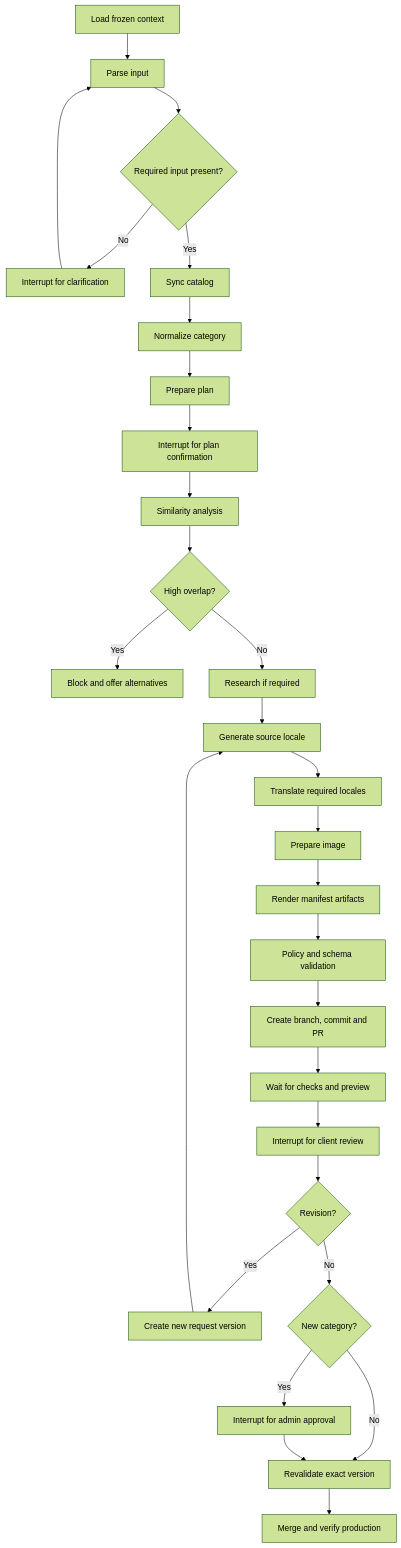
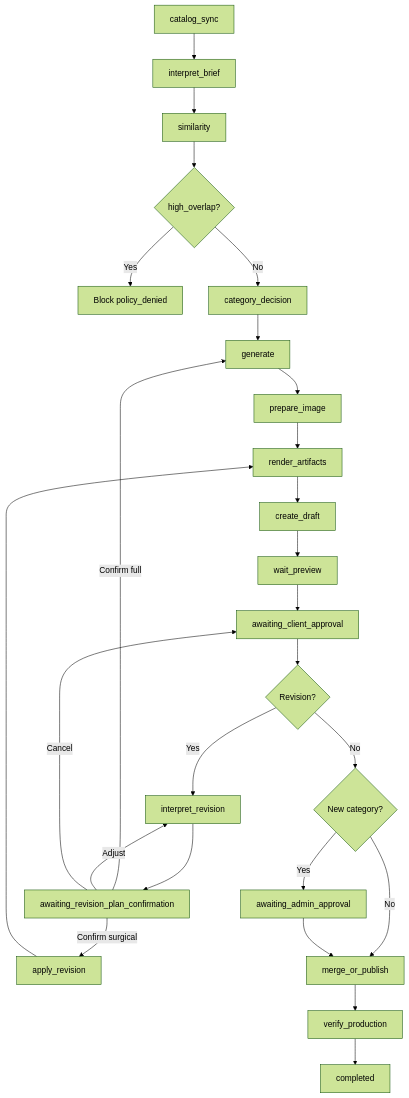
One commit to arrobabeto/binflow changed the diagram in docs/WORKFLOWS.md. Above: the diagram before and after it, drawn with Mermaid (forest theme). The commit also changed other lines of this file and 268 other files, not shown here.

````diff
--- a/docs/WORKFLOWS.md
+++ b/docs/WORKFLOWS.md
@@ -60,31 +79,28 @@
 ```mermaid
 flowchart TD
-    A["Load frozen context"] --> B["Parse input"]
-    B --> C{"Required input present?"}
-    C -- No --> D["Interrupt for clarification"]
-    D --> B
-    C -- Yes --> E["Sync catalog"]
-    E --> F["Normalize category"]
-    F --> G["Prepare plan"]
-    G --> H["Interrupt for plan confirmation"]
-    H --> I["Similarity analysis"]
-    I --> J{"High overlap?"}
-    J -- Yes --> K["Block and offer alternatives"]
-    J -- No --> L["Research if required"]
-    L --> M["Generate source locale"]
-    M --> N["Translate required locales"]
-    N --> O["Prepare image"]
-    O --> P["Render manifest artifacts"]
-    P --> Q["Policy and schema validation"]
-    Q --> R["Create branch, commit and PR"]
-    R --> S["Wait for checks and preview"]
-    S --> T["Interrupt for client review"]
-    T --> U{"Revision?"}
-    U -- Yes --> V["Create new request version"]
-    V --> M
-    U -- No --> W{"New category?"}
-    W -- Yes --> X["Interrupt for admin approval"]
-    W -- No --> Y["Revalidate exact version"]
-    X --> Y
-    Y --> Z["Merge and verify production"]
+    A["catalog_sync"] --> A2["interpret_brief"]
+    A2 --> B["similarity"]
+    B --> C{"high_overlap?"}
+    C -- Yes --> D["Block policy_denied"]
+    C -- No --> E["category_decision"]
+    E --> F["generate"]
+    F --> G["prepare_image"]
+    G --> H["render_artifacts"]
+    H --> I["create_draft"]
+    I --> J["wait_preview"]
+    J --> K["awaiting_client_approval"]
+    K --> L{"Revision?"}
+    L -- Yes --> R1["interpret_revision"]
+    R1 --> R2["awaiting_revision_plan_confirmation"]
+    R2 -->|"Confirm surgical"| R3["apply_revision"]
+    R2 -->|"Confirm full"| F
+    R2 -->|"Adjust"| R1
+    R2 -->|"Cancel"| K
+    R3 --> H
+    L -- No --> N{"New category?"}
+    N -- Yes --> O["awaiting_admin_approval"]
+    N -- No --> P["merge_or_publish"]
+    O --> P
+    P --> Q["verify_production"]
+    Q --> R["completed"]
 ```
````
